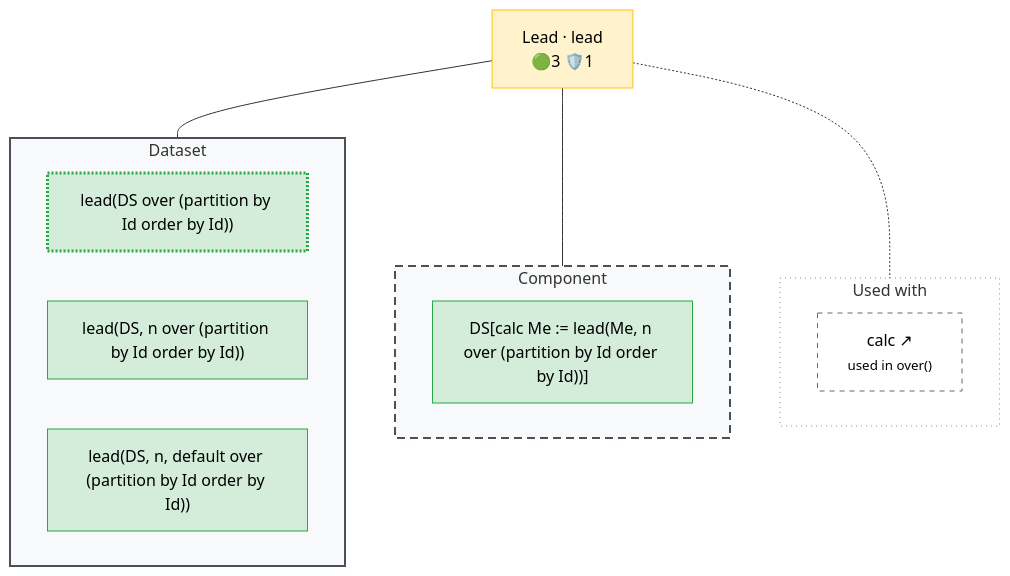
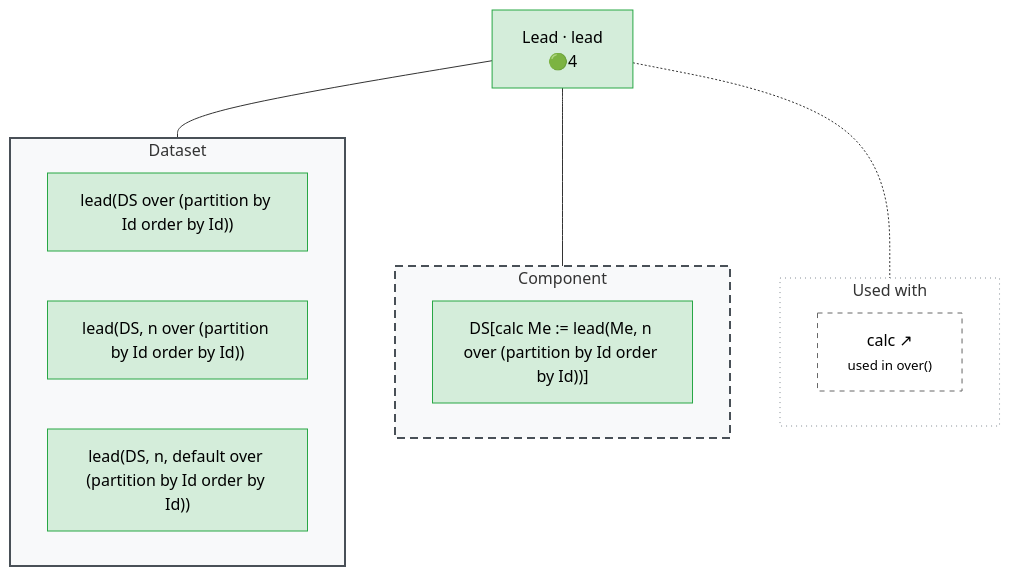
The diagram in docs/operator_map/aggregate/lead.rst (Meaningful-Data/vtlengine), drawn with Mermaid before and after one commit. The commit also changed other lines of this file and 140 other files, not shown here.

```diff
--- a/docs/operator_map/aggregate/lead.rst
+++ b/docs/operator_map/aggregate/lead.rst
@@ -21,37 +21,37 @@
 .. mermaid::
    :config: {"flowchart": {"useMaxWidth": false}}
 
    flowchart TB
        classDef ok fill:#d4edda,stroke:#28a745,color:#000
        classDef partial fill:#fff3cd,stroke:#ffc107,color:#000
        classDef refused fill:#d4edda,stroke:#28a745,stroke-width:3px,stroke-dasharray: 2 2,color:#000
        classDef missing fill:#f8d7da,stroke:#dc3545,color:#000
        classDef diverge fill:#cce5ff,stroke:#007bff,color:#000
        classDef block fill:#2b3a4a,stroke:#2b3a4a,color:#fff,font-weight:bold
        classDef ext fill:#fff,stroke:#666,color:#000,stroke-dasharray: 5 5
-       O["Lead · lead<br/>🟢3 🛡️1"]:::partial
+       O["Lead · lead<br/>🟢4"]:::ok
        subgraph G_ds["Dataset"]
            direction LR
-           v_ds_no_offset["lead(DS over (partition by Id order by Id))"]:::refused
+           v_ds_no_offset["lead(DS over (partition by Id order by Id))"]:::ok
            v_ds_offset["lead(DS, n over (partition by Id order by Id))"]:::ok
            v_ds_offset_default["lead(DS, n, default over (partition by Id order by Id))"]:::ok
        end
        subgraph G_comp["Component"]
            direction LR
            v_comp_offset["DS#91;calc Me #58;#61; lead(Me, n over (partition by Id order by Id))#93;"]:::ok
        end
        subgraph G_use["Used with"]
            direction LR
            used__clause__calc["calc ↗<br/><small>used in over()</small>"]:::ext
        end
        O --- G_ds
        O --- G_comp
        O -.- G_use
        style G_ds fill:#f8f9fa,stroke:#495057,stroke-width:2px
        style G_comp fill:#f8f9fa,stroke:#495057,stroke-width:2px,stroke-dasharray: 8 5
        style G_use fill:#ffffff,stroke:#868e96,stroke-width:1px,stroke-dasharray: 1 4
        click v_ds_no_offset href "#form-ds-no-offset"
        click v_ds_offset href "#form-ds-offset"
        click v_ds_offset_default href "#form-ds-offset-default"
        click v_comp_offset href "#form-comp-offset"
        click used__clause__calc href "../clause/calc.html" "Calculation of a Component · calc"
```
